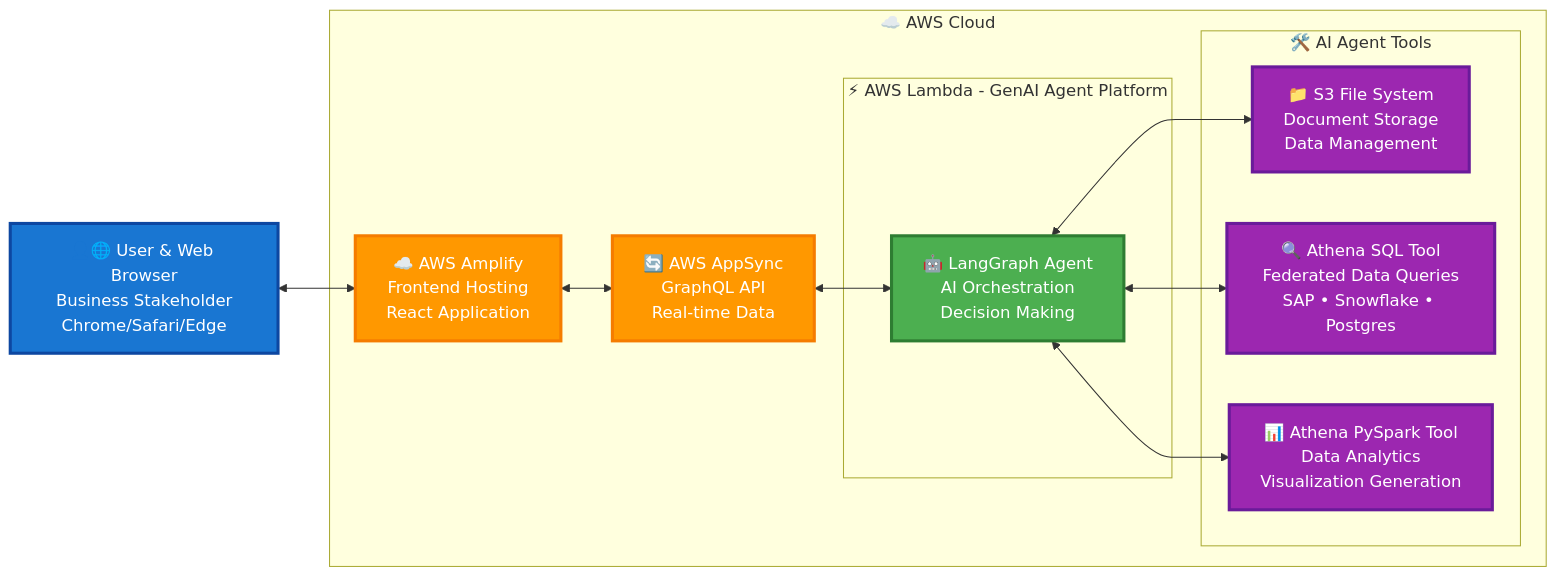
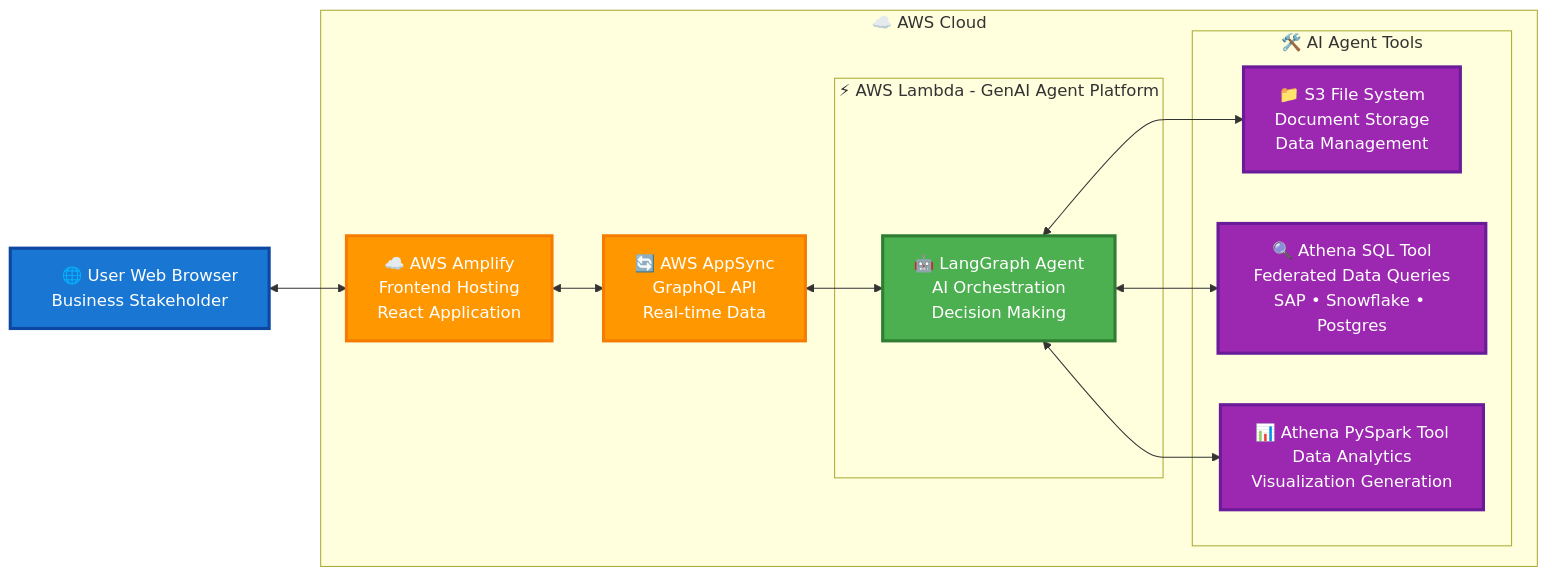
The diagram in docs/architecture-overview.mmd (aws-samples/sample-agents4energy-agent-template-alpha), drawn with Mermaid before and after one commit. The commit also changed 1 other file, not shown here.

Commit message:
Added diagram to the README.md file

```diff
--- a/docs/architecture-overview.mmd
+++ b/docs/architecture-overview.mmd
@@ -1,41 +1,41 @@
 %% Executive Architecture Overview - AWS Amplify LangGraph Template
 %% Simplified diagram for business stakeholders showing high-level data flow
 
 graph LR
     %% User and Frontend
-    UserBrowser["👤🌐 User & Web Browser<br/>Business Stakeholder<br/>Chrome/Safari/Edge"]
+    UserBrowser["👤🌐 User Web Browser<br/>Business Stakeholder"]
     
     %% AWS Cloud Container
     subgraph AWS["☁️ AWS Cloud"]
         Amplify["☁️ AWS Amplify<br/>Frontend Hosting<br/>React Application"]
         AppSync["🔄 AWS AppSync<br/>GraphQL API<br/>Real-time Data"]
         
         subgraph LambdaContainer["⚡ AWS Lambda - GenAI Agent Platform"]
             LangGraph["🤖 LangGraph Agent<br/>AI Orchestration<br/>Decision Making"]
         end
         
         subgraph AgentTools["🛠️ AI Agent Tools"]
             S3Tool["📁 S3 File System<br/>Document Storage<br/>Data Management"]
             AthenaSql["🔍 Athena SQL Tool<br/>Federated Data Queries<br/>SAP • Snowflake • Postgres"]
             AthenaPySpark["📊 Athena PySpark Tool<br/>Data Analytics<br/>Visualization Generation"]
         end
     end
 
     %% Flow
     UserBrowser <--> Amplify
     Amplify <--> AppSync
     AppSync <--> LangGraph
     LangGraph <--> S3Tool
     LangGraph <--> AthenaSql
     LangGraph <--> AthenaPySpark
 
     %% Styling for executive presentation
     classDef userLayer fill:#1976d2,stroke:#0d47a1,stroke-width:3px,color:#fff
     classDef awsLayer fill:#ff9800,stroke:#f57c00,stroke-width:3px,color:#fff
     classDef agentLayer fill:#4caf50,stroke:#2e7d32,stroke-width:3px,color:#fff
     classDef toolLayer fill:#9c27b0,stroke:#6a1b9a,stroke-width:3px,color:#fff
     
     class UserBrowser userLayer
     class Amplify,AppSync awsLayer
     class LangGraph agentLayer
     class S3Tool,AthenaSql,AthenaPySpark toolLayer
```
